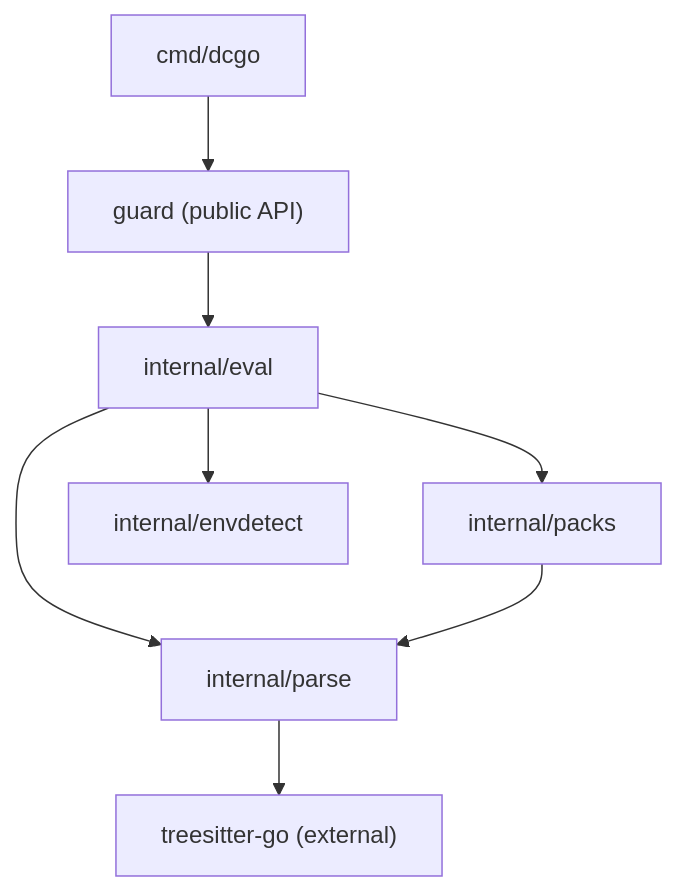
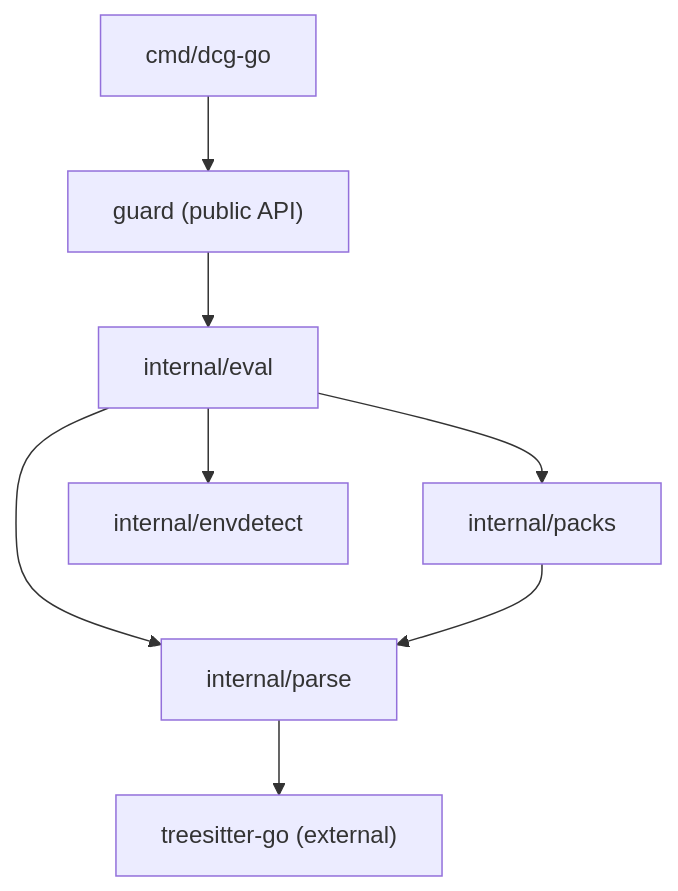
One commit to dcosson/destructive-command-guard-go changed the fifth of 5 diagrams in docs/plans/00-architecture.md. Above: the diagram before and after it, drawn with Mermaid. The commit also changed other lines of this file and 2 other files, not shown here.

Commit message:
Rename binary from dcgo to dcg-go

````diff
--- a/docs/plans/00-architecture.md
+++ b/docs/plans/00-architecture.md
@@ -622,10 +622,10 @@
 ```mermaid
 graph TD
-    CMD["cmd/dcgo"] --> GUARD["guard (public API)"]
+    CMD["cmd/dcg-go"] --> GUARD["guard (public API)"]
     GUARD --> EVAL["internal/eval"]
     EVAL --> PARSE["internal/parse"]
     EVAL --> PACKS["internal/packs"]
     EVAL --> ENVDETECT["internal/envdetect"]
     PACKS --> PARSE
     PARSE --> TS["treesitter-go (external)"]
 ```
````
